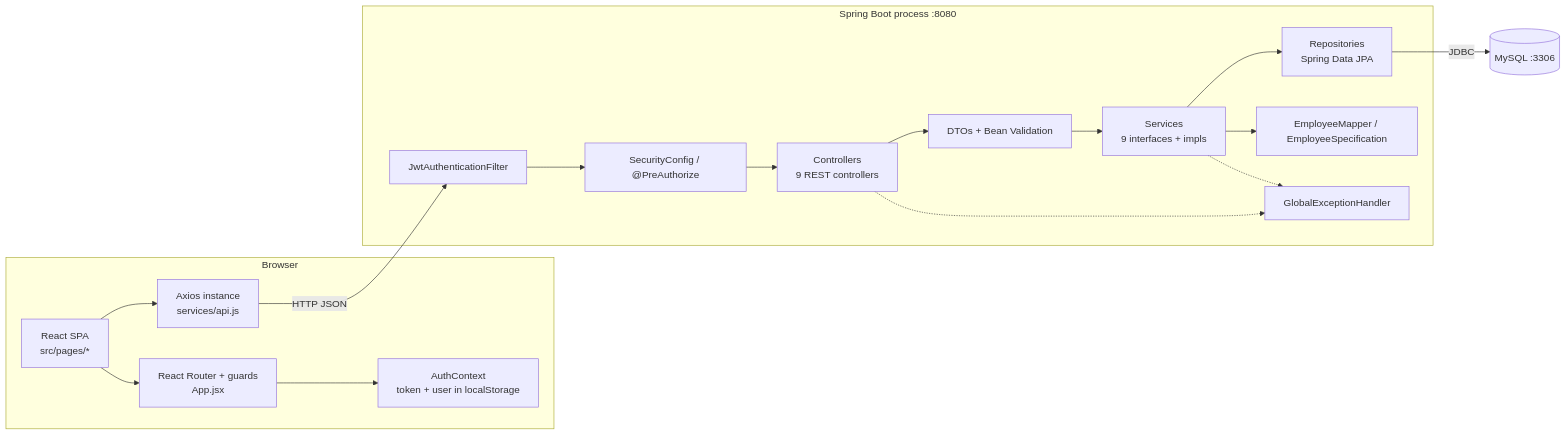
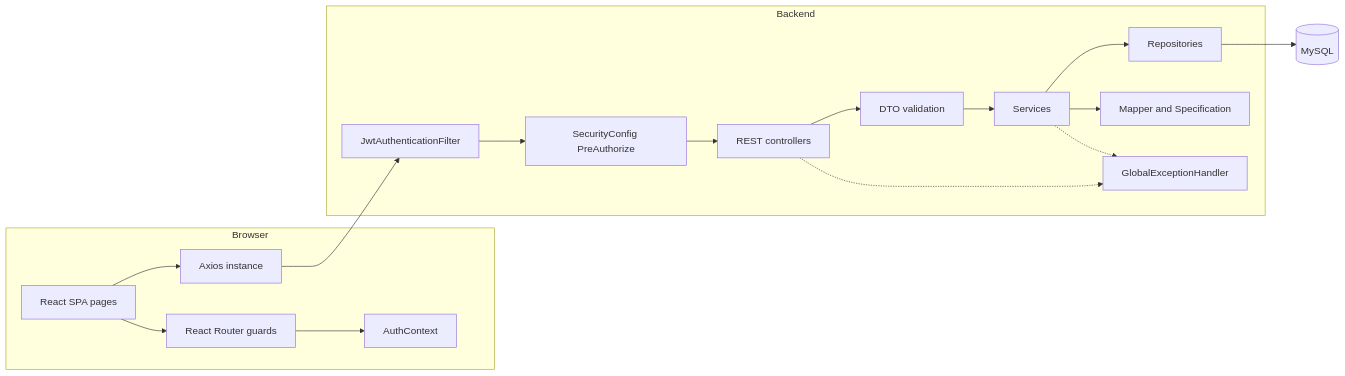
One commit to Lalmohan04/employee-management-system changed the second of 10 diagrams in docs/ARCHITECTURE.md. Above: the diagram before and after it, drawn with Mermaid. The commit also changed other lines of this file, not shown here.

First line of the commit message:
docs: fix Mermaid diagrams for GitHub rendering

````diff
--- a/docs/ARCHITECTURE.md
+++ b/docs/ARCHITECTURE.md
@@ -74,34 +78,36 @@
 ```mermaid
-flowchart LR
-    subgraph Browser["Browser"]
-        UI["React SPA<br/>src/pages/*"]
-        ROUTER["React Router + guards<br/>App.jsx"]
-        CTX["AuthContext<br/>token + user in localStorage"]
-        AX["Axios instance<br/>services/api.js"]
-        UI --> ROUTER --> CTX
-        UI --> AX
+graph LR
+    subgraph Browser
+        UI[React SPA pages]
+        ROUTER[React Router guards]
+        CTX[AuthContext]
+        AX[Axios instance]
     end
 
-    subgraph Backend["Spring Boot process :8080"]
-        FILTER["JwtAuthenticationFilter"]
-        SEC["SecurityConfig / @PreAuthorize"]
-        CTRL["Controllers<br/>9 REST controllers"]
-        DTO["DTOs + Bean Validation"]
-        SVC["Services<br/>9 interfaces + impls"]
-        REPO["Repositories<br/>Spring Data JPA"]
-        MAP["EmployeeMapper / EmployeeSpecification"]
-        EX["GlobalExceptionHandler"]
-
-        FILTER --> SEC --> CTRL
-        CTRL --> DTO --> SVC
-        SVC --> REPO
-        SVC --> MAP
-        CTRL -.-> EX
-        SVC -.-> EX
+    subgraph Backend
+        FILTER[JwtAuthenticationFilter]
+        SEC[SecurityConfig PreAuthorize]
+        CTRL[REST controllers]
+        DTO[DTO validation]
+        SVC[Services]
+        REPO[Repositories]
+        MAP[Mapper and Specification]
+        EX[GlobalExceptionHandler]
     end
 
-    DB[("MySQL :3306")]
+    DB[(MySQL)]
 
-    AX -->|HTTP JSON| FILTER
-    REPO -->|JDBC| DB
+    UI --> ROUTER
+    ROUTER --> CTX
+    UI --> AX
+    AX --> FILTER
+    FILTER --> SEC
+    SEC --> CTRL
+    CTRL --> DTO
+    DTO --> SVC
+    SVC --> REPO
+    SVC --> MAP
+    CTRL -.-> EX
+    SVC -.-> EX
+    REPO --> DB
 ```
````
